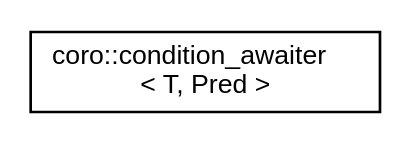
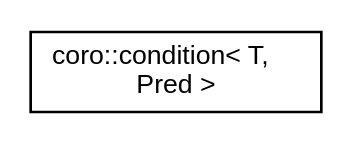
Before and after one commit to ondra-novak/libcoro: the diagram in inherit_graph_3.dot, drawn with Graphviz. The commit also changed 383 other files, not shown here.

```diff
--- a/inherit_graph_3.dot
+++ b/inherit_graph_3.dot
@@ -1,8 +1,8 @@
 digraph "Graphical Class Hierarchy"
 {
  // LATEX_PDF_SIZE
   edge [fontname="Helvetica",fontsize="10",labelfontname="Helvetica",labelfontsize="10"];
   node [fontname="Helvetica",fontsize="10",shape=record];
   rankdir="LR";
-  Node0 [label="coro::condition_awaiter\l\< T, Pred \>",height=0.2,width=0.4,color="black", fillcolor="white", style="filled",URL="$classcoro_1_1condition__awaiter.html",tooltip="support for notify_condition()"];
+  Node0 [label="coro::condition\< T,\l Pred \>",height=0.2,width=0.4,color="black", fillcolor="white", style="filled",URL="$classcoro_1_1condition.html",tooltip="await on a condition"];
 }
```
